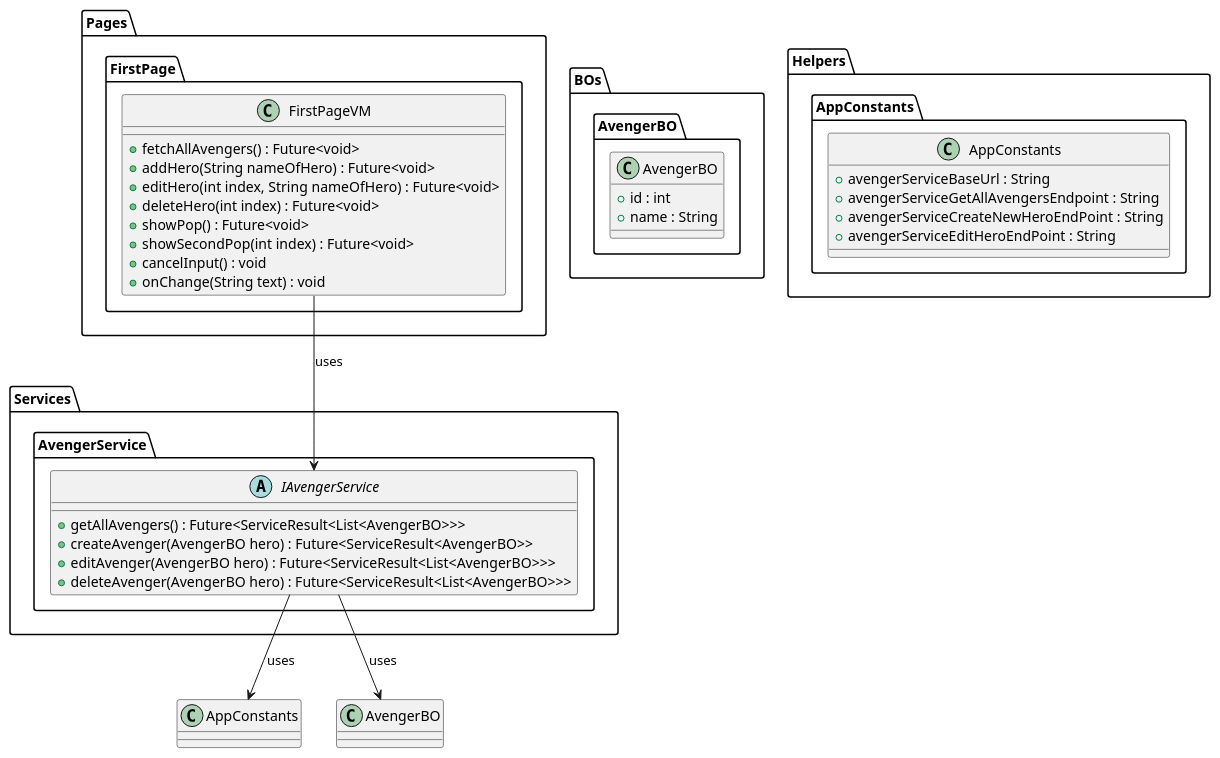
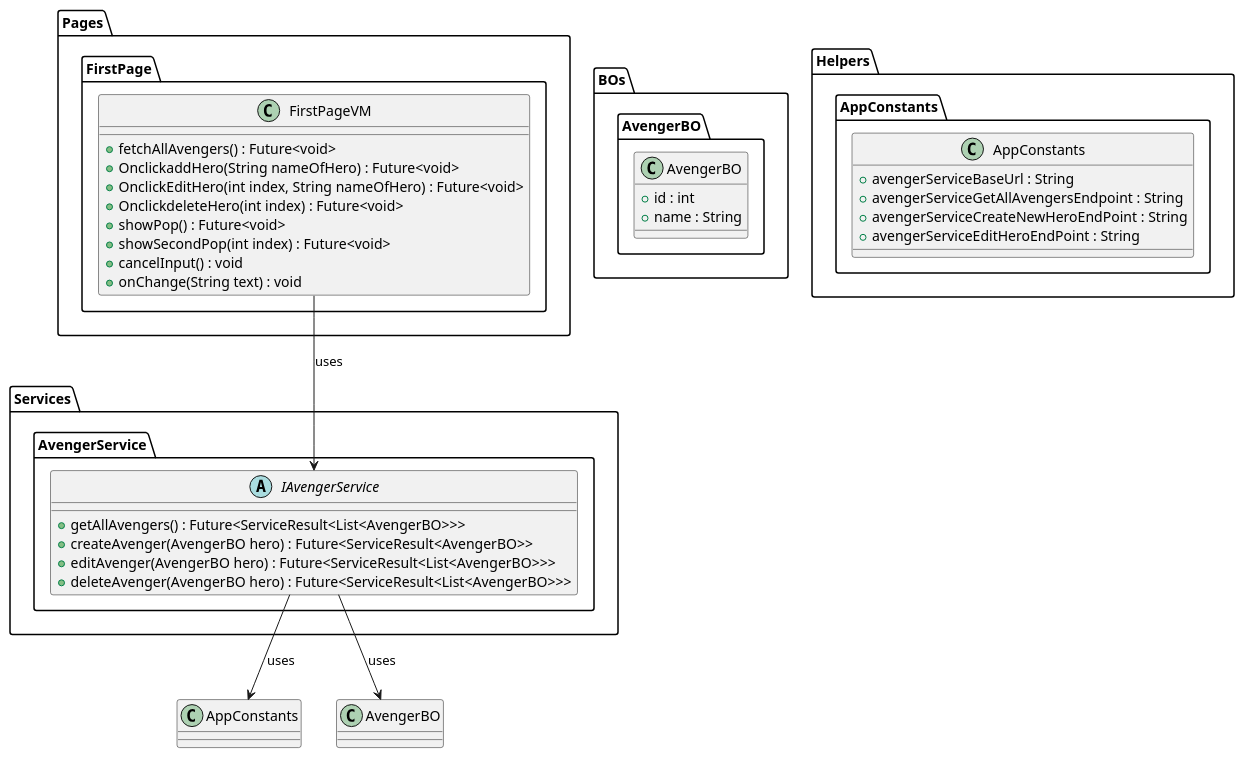
Before and after one commit to Judirebecca/API: the diagram in lib/Services/AvengerService/Design/AvengerService_class.puml, drawn with PlantUML. The commit also changed 8 other files, not shown here.

```diff
--- a/lib/Services/AvengerService/Design/AvengerService_class.puml
+++ b/lib/Services/AvengerService/Design/AvengerService_class.puml
@@ -1,47 +1,47 @@
 @startuml Avenger Services Class Diagram
 package Services{
     package AvengerService{
         abstract class IAvengerService{
             + getAllAvengers() : Future<ServiceResult<List<AvengerBO>>>
             + createAvenger(AvengerBO hero) : Future<ServiceResult<AvengerBO>>
             + editAvenger(AvengerBO hero) : Future<ServiceResult<List<AvengerBO>>>
             + deleteAvenger(AvengerBO hero) : Future<ServiceResult<List<AvengerBO>>>
         }
     }
 }
 package Pages{
     package FirstPage{
         class FirstPageVM{
             + fetchAllAvengers() : Future<void>
-            + addHero(String nameOfHero) : Future<void>
-            + editHero(int index, String nameOfHero) : Future<void>
-            + deleteHero(int index) : Future<void>
+            + OnclickaddHero(String nameOfHero) : Future<void>
+            + OnclickEditHero(int index, String nameOfHero) : Future<void>
+            + OnclickdeleteHero(int index) : Future<void>
             + showPop() : Future<void>
             + showSecondPop(int index) : Future<void>
             + cancelInput() : void
             + onChange(String text) : void
         }
     }
 }
 package BOs{
     package AvengerBO{
         class AvengerBO{
             + id : int
             + name : String
         }
     }
 }
 package Helpers{
     package AppConstants{
-    class AppConstants{
-        + avengerServiceBaseUrl : String
-        + avengerServiceGetAllAvengersEndpoint : String
-        + avengerServiceCreateNewHeroEndPoint : String
-        + avengerServiceEditHeroEndPoint : String
+        class AppConstants{
+            + avengerServiceBaseUrl : String
+            + avengerServiceGetAllAvengersEndpoint : String
+            + avengerServiceCreateNewHeroEndPoint : String
+            + avengerServiceEditHeroEndPoint : String
+        }
     }
-}
 }
 IAvengerService --> AppConstants : uses
 IAvengerService --> AvengerBO : uses
 FirstPageVM --> IAvengerService : uses
 @enduml
```
